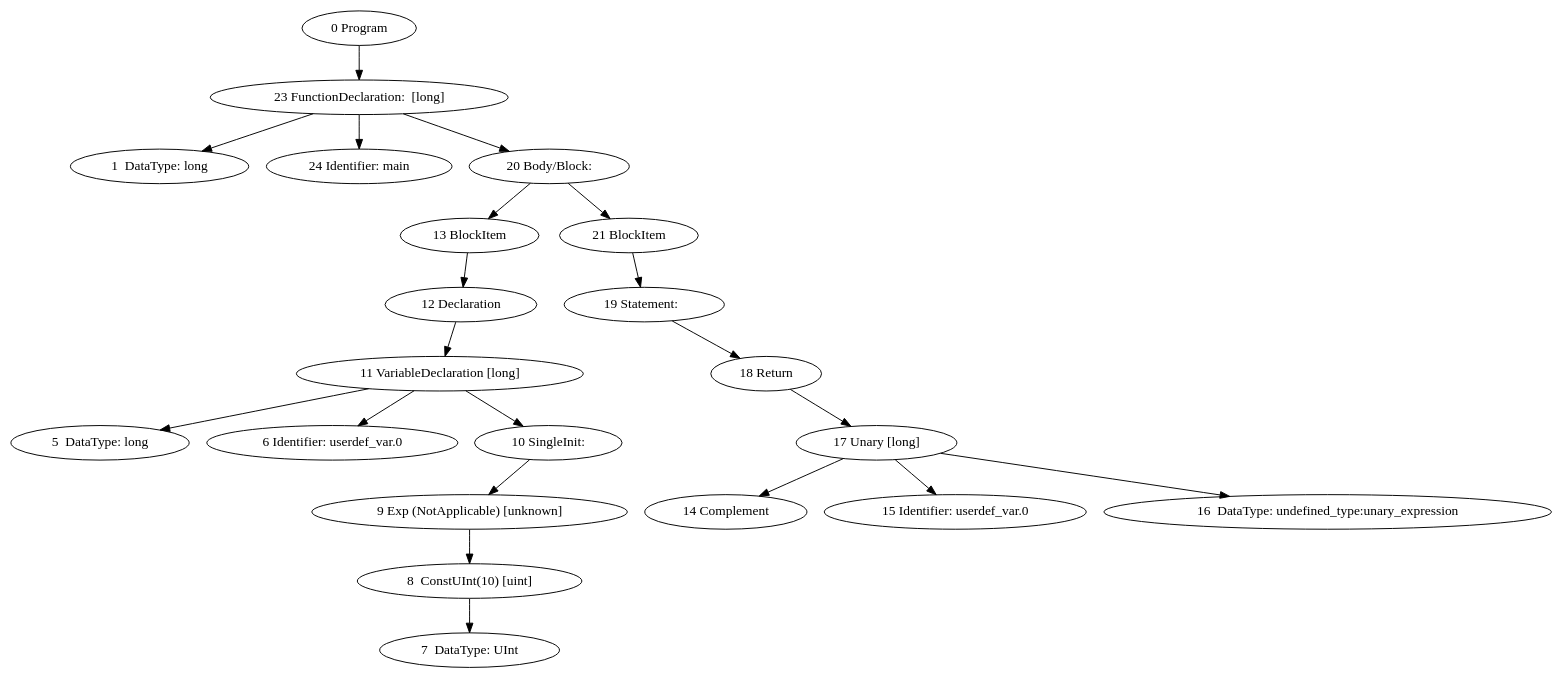
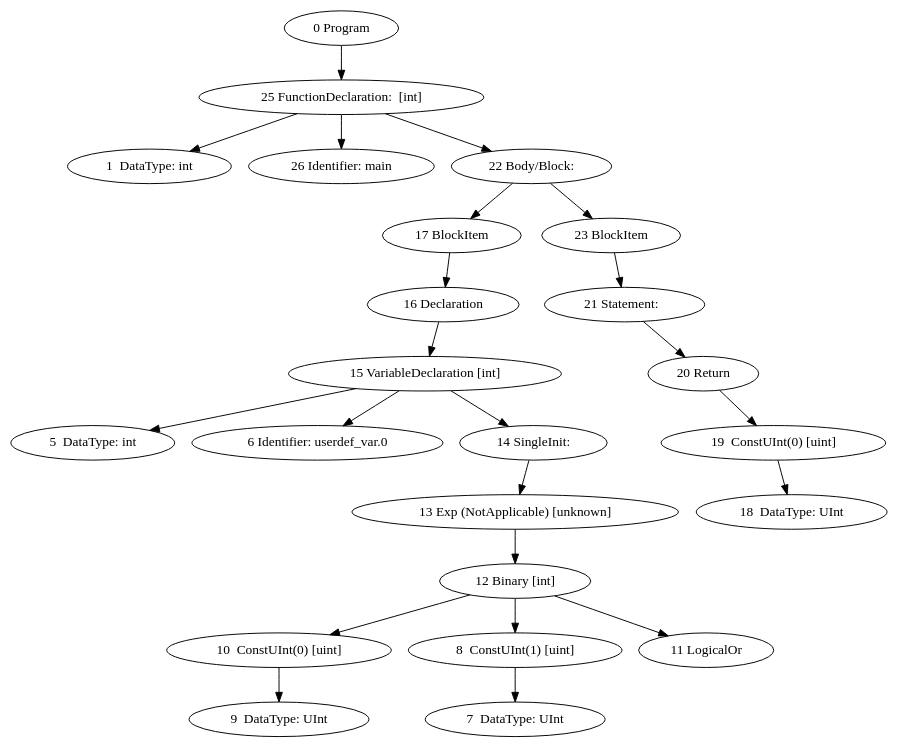
The diagram in abstract_syntax_tree_post_semantic.dot (Thewbi/stm8_asm), drawn with Graphviz before and after one commit. The commit also changed 20 other files, not shown here.

```diff
--- a/abstract_syntax_tree_post_semantic.dot
+++ b/abstract_syntax_tree_post_semantic.dot
@@ -1,43 +1,47 @@
 digraph {
 0 [label="0 Program"]
-23 [label="23 FunctionDeclaration:  [long]"]
-1 [label="1  DataType: long"]
-23 -> 1
-24 [label="24 Identifier: main"]
-23 -> 24
-20 [label="20 Body/Block: "]
-23 -> 20
-13 [label="13 BlockItem"]
-12 [label="12 Declaration"]
-5 [label="5  DataType: long"]
+25 [label="25 FunctionDeclaration:  [int]"]
+1 [label="1  DataType: int"]
+25 -> 1
+26 [label="26 Identifier: main"]
+25 -> 26
+22 [label="22 Body/Block: "]
+25 -> 22
+17 [label="17 BlockItem"]
+16 [label="16 Declaration"]
+5 [label="5  DataType: int"]
 6 [label="6 Identifier: userdef_var.0"]
-10 [label="10 SingleInit: "]
-9 [label="9 Exp (NotApplicable) [unknown]"]
-8 [label="8  ConstUInt(10) [uint]"]
+14 [label="14 SingleInit: "]
+13 [label="13 Exp (NotApplicable) [unknown]"]
+10 [label="10  ConstUInt(0) [uint]"]
+9 [label="9  DataType: UInt"]
+10 -> 9
+8 [label="8  ConstUInt(1) [uint]"]
 7 [label="7  DataType: UInt"]
 8 -> 7
-9 -> 8
-10 -> 9
-11 [label="11 VariableDeclaration [long] "]
-11 -> 5
-11 -> 6
-11 -> 10
+11 [label="11 LogicalOr"]
+12 [label="12 Binary [int]"]
+12 -> 10
+12 -> 8
 12 -> 11
 13 -> 12
-20 -> 13
-21 [label="21 BlockItem"]
-14 [label="14 Complement"]
-15 [label="15 Identifier: userdef_var.0"]
-16 [label="16  DataType: undefined_type:unary_expression"]
-17 [label="17 Unary [long]"]
-17 -> 14
-17 -> 15
+14 -> 13
+15 [label="15 VariableDeclaration [int] "]
+15 -> 5
+15 -> 6
+15 -> 14
+16 -> 15
 17 -> 16
-18 [label="18 Return"]
-18 -> 17
-19 [label="19 Statement:  "]
+22 -> 17
+23 [label="23 BlockItem"]
+19 [label="19  ConstUInt(0) [uint]"]
+18 [label="18  DataType: UInt"]
 19 -> 18
-21 -> 19
-20 -> 21
-0 -> 23
+20 [label="20 Return"]
+20 -> 19
+21 [label="21 Statement:  "]
+21 -> 20
+23 -> 21
+22 -> 23
+0 -> 25
 }
```
